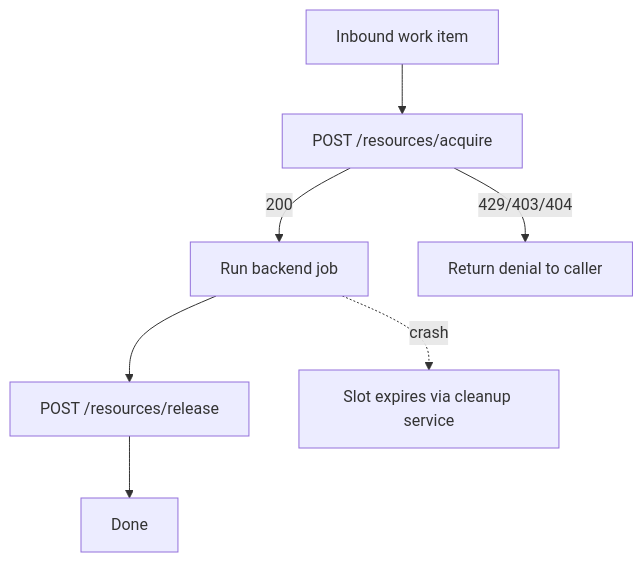
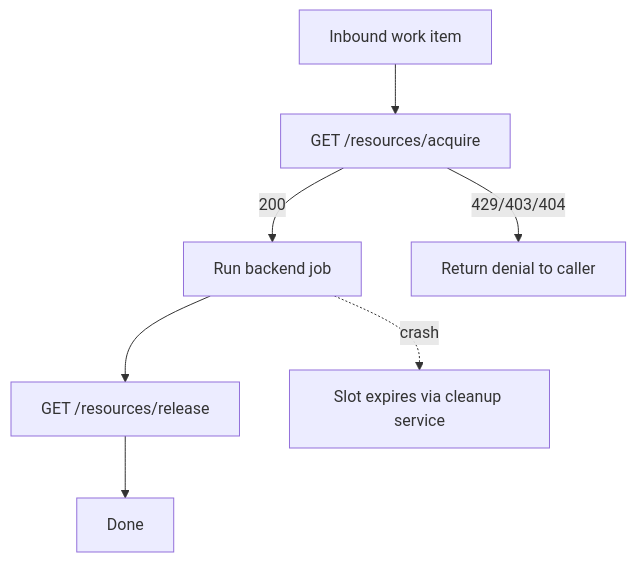
One commit to ShaharMS/ClientManager changed the second of 2 diagrams in docs/integration-guide.md. Above: the diagram before and after it, drawn with Mermaid. The commit also changed other lines of this file and 12 other files, not shown here.

````diff
--- a/docs/integration-guide.md
+++ b/docs/integration-guide.md
@@ -242,9 +228,9 @@
 ```mermaid
 flowchart TD
-    start[Inbound work item] --> acquire[POST /resources/acquire]
+    start[Inbound work item] --> acquire[GET /resources/acquire]
     acquire -->|200| work[Run backend job]
     acquire -->|429/403/404| deny[Return denial to caller]
-    work --> release[POST /resources/release]
+    work --> release[GET /resources/release]
     release --> done[Done]
     work -. crash .-> expire[Slot expires via cleanup service]
 ```
````
